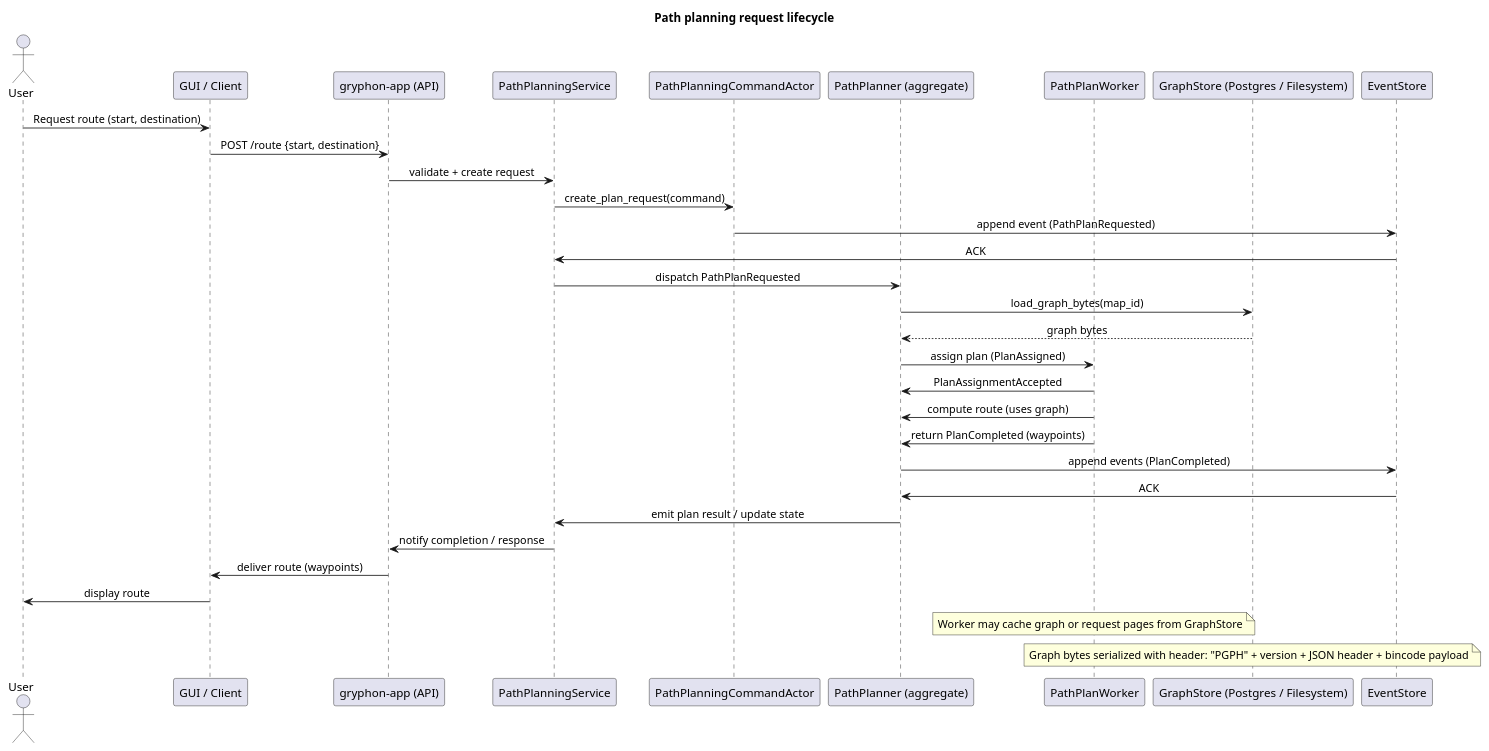
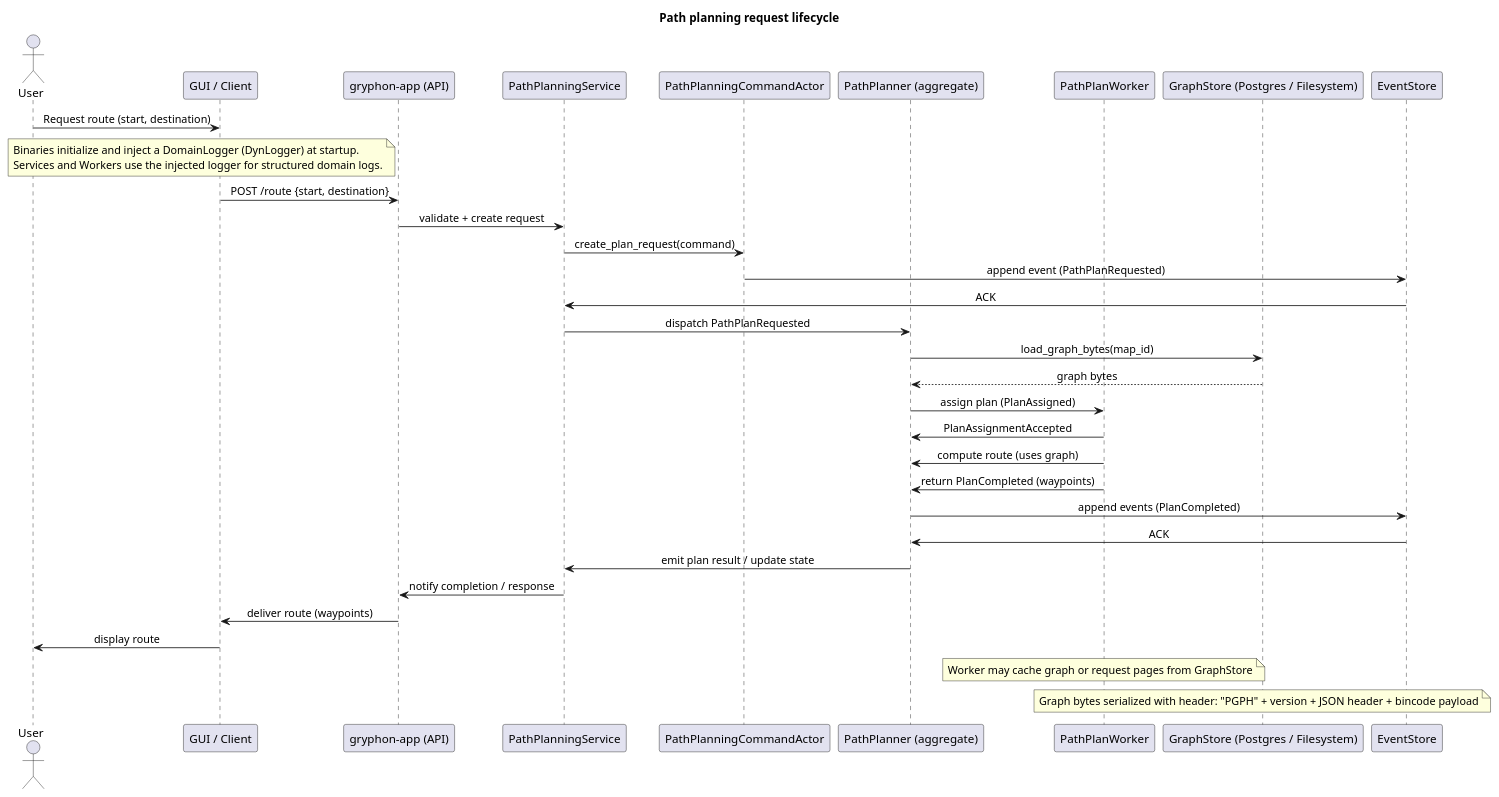
Before and after one commit to eikeschumann971/gryphon-app: the diagram in docs/diagrams/path_planning_sequence.puml, drawn with PlantUML. The commit also changed 13 other files, not shown here.

Commit message:
refactor: update documentation and diagrams for logger injection and path planning architecture

```diff
--- a/docs/diagrams/path_planning_sequence.puml
+++ b/docs/diagrams/path_planning_sequence.puml
@@ -1,37 +1,41 @@
 @startuml
 title Path planning request lifecycle
 skinparam sequenceMessageAlign center
 actor User
 participant GUI as "GUI / Client"
 participant API as "gryphon-app (API)"
 participant Service as "PathPlanningService"
 participant CommandActor as "PathPlanningCommandActor"
 participant Planner as "PathPlanner (aggregate)"
 participant Worker as "PathPlanWorker"
 participant GraphStore as "GraphStore (Postgres / Filesystem)"
 participant EventStore as "EventStore"
 
 User -> GUI: Request route (start, destination)
+note left of API
+	Binaries initialize and inject a DomainLogger (DynLogger) at startup.
+	Services and Workers use the injected logger for structured domain logs.
+end note
 GUI -> API: POST /route {start, destination}
 API -> Service: validate + create request
 Service -> CommandActor: create_plan_request(command)
 CommandActor -> EventStore: append event (PathPlanRequested)
 EventStore -> Service: ACK
 Service -> Planner: dispatch PathPlanRequested
 Planner -> GraphStore: load_graph_bytes(map_id)
 GraphStore --> Planner: graph bytes
 Planner -> Worker: assign plan (PlanAssigned)
 Worker -> Planner: PlanAssignmentAccepted
 Worker -> Planner: compute route (uses graph)
 Worker -> Planner: return PlanCompleted (waypoints)
 Planner -> EventStore: append events (PlanCompleted)
 EventStore -> Planner: ACK
 Planner -> Service: emit plan result / update state
 Service -> API: notify completion / response
 API -> GUI: deliver route (waypoints)
 GUI -> User: display route
 
 note over Worker: Worker may cache graph or request pages from GraphStore
 note over GraphStore: Graph bytes serialized with header: "PGPH" + version + JSON header + bincode payload
 
 @enduml
```
